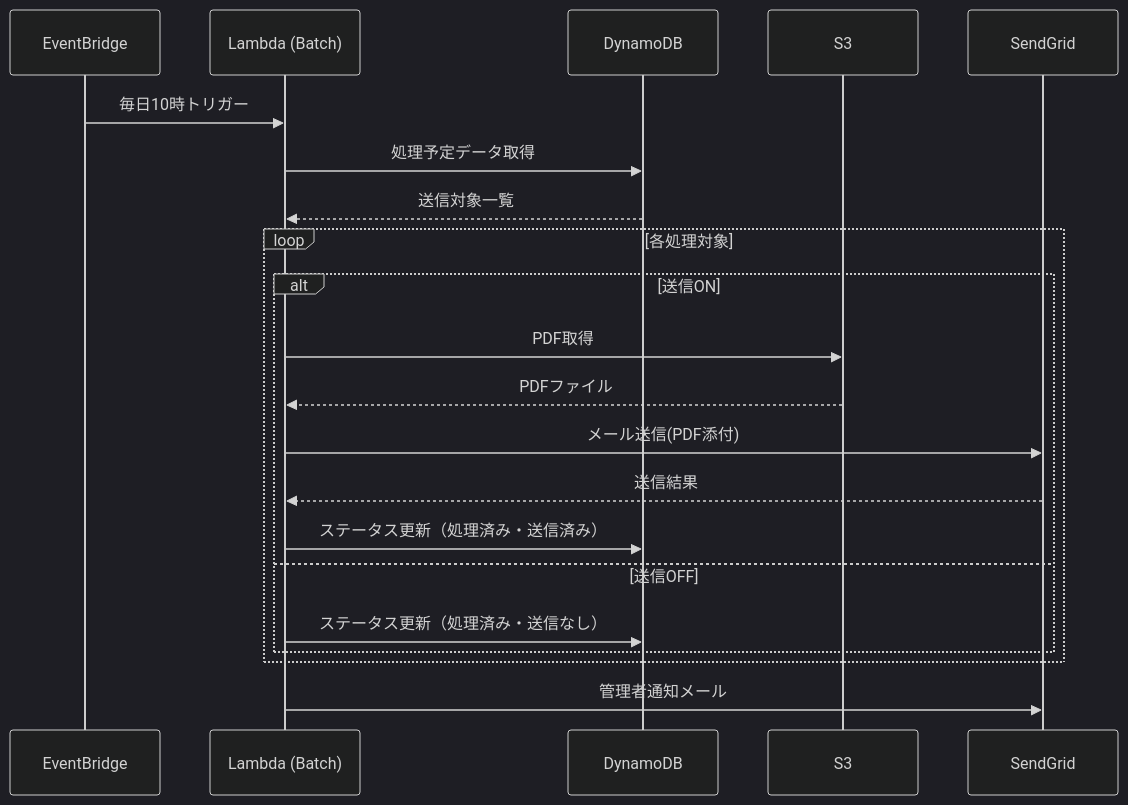
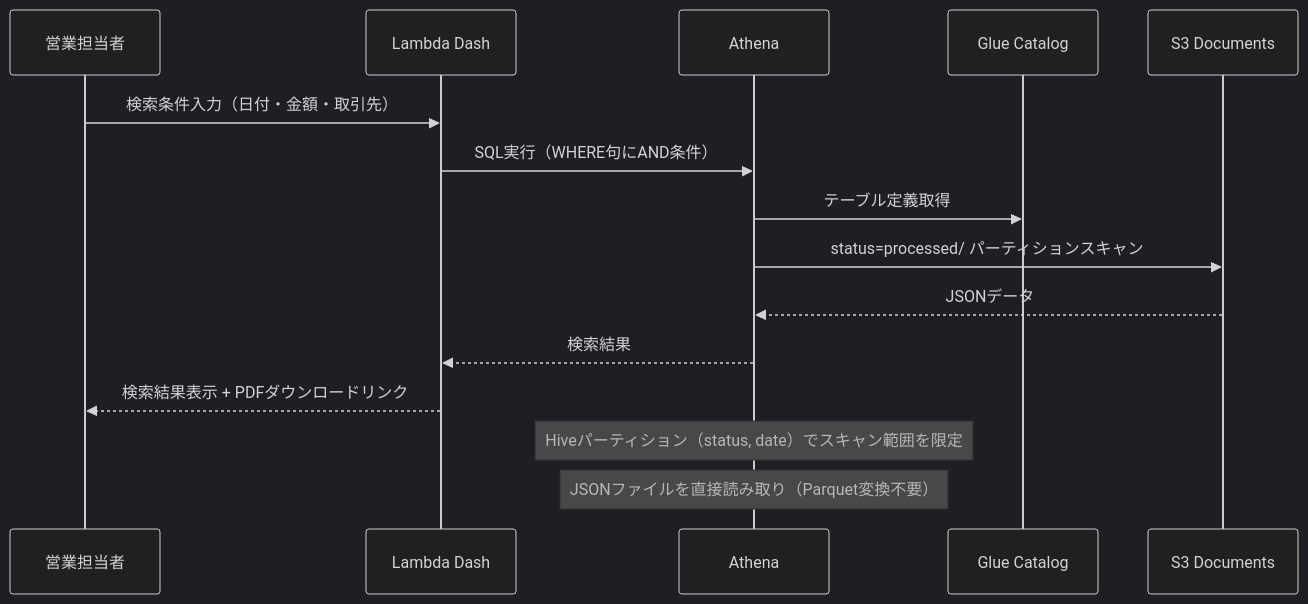
One commit to hogekof/tokaisteel-invoice-delivery-mail-system changed the sixth of 7 diagrams in .kiro/specs/invoice-delivery-mail-system/design.md. Above: the diagram before and after it, drawn with Mermaid (dark theme). The commit also changed other lines of this file and 4 other files, not shown here.

````diff
--- a/.kiro/specs/invoice-delivery-mail-system/design.md
+++ b/.kiro/specs/invoice-delivery-mail-system/design.md
@@ -187,26 +265,19 @@
 ```mermaid
 sequenceDiagram
-    participant EB as EventBridge
-    participant Lambda as Lambda (Batch)
-    participant DB as DynamoDB
-    participant S3 as S3
-    participant SG as SendGrid
+    participant User as 営業担当者
+    participant Lambda as Lambda Dash
+    participant Athena as Athena
+    participant Glue as Glue Catalog
+    participant S3 as S3 Documents
 
-    EB->>Lambda: 毎日10時トリガー
-    Lambda->>DB: 処理予定データ取得
-    DB-->>Lambda: 送信対象一覧
+    User->>Lambda: 検索条件入力（日付・金額・取引先）
+    Lambda->>Athena: SQL実行（WHERE句にAND条件）
+    Athena->>Glue: テーブル定義取得
+    Athena->>S3: status=processed/ パーティションスキャン
+    S3-->>Athena: JSONデータ
+    Athena-->>Lambda: 検索結果
+    Lambda-->>User: 検索結果表示 + PDFダウンロードリンク
 
-    loop 各処理対象
-        alt 送信ON
-            Lambda->>S3: PDF取得
-            S3-->>Lambda: PDFファイル
-            Lambda->>SG: メール送信(PDF添付)
-            SG-->>Lambda: 送信結果
-            Lambda->>DB: ステータス更新（処理済み・送信済み）
-        else 送信OFF
-            Lambda->>DB: ステータス更新（処理済み・送信なし）
-        end
-    end
-
-    Lambda->>SG: 管理者通知メール
+    Note over Athena: Hiveパーティション（status, date）でスキャン範囲を限定
+    Note over Athena: JSONファイルを直接読み取り（Parquet変換不要）
 ```
````
